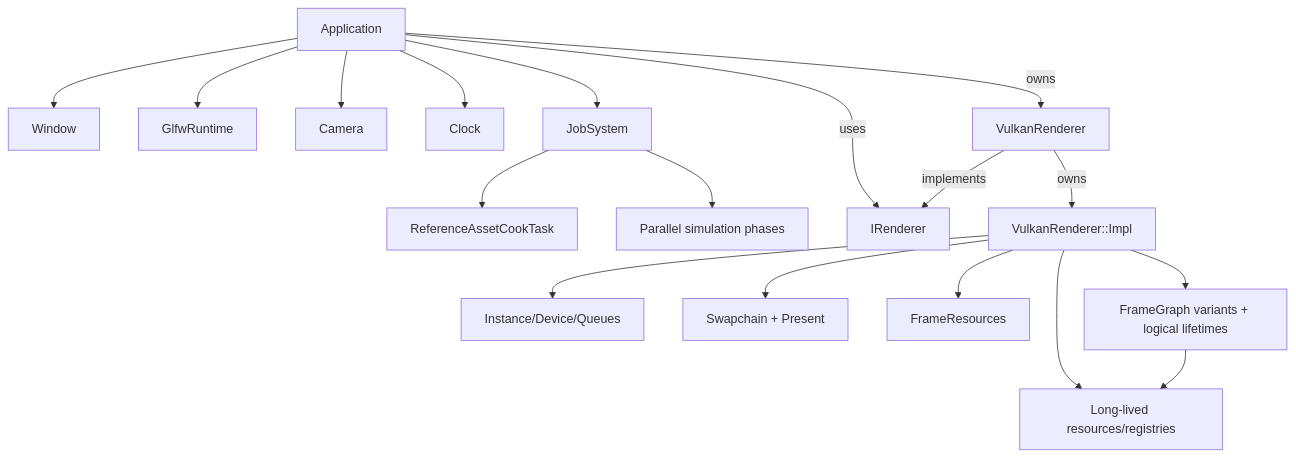
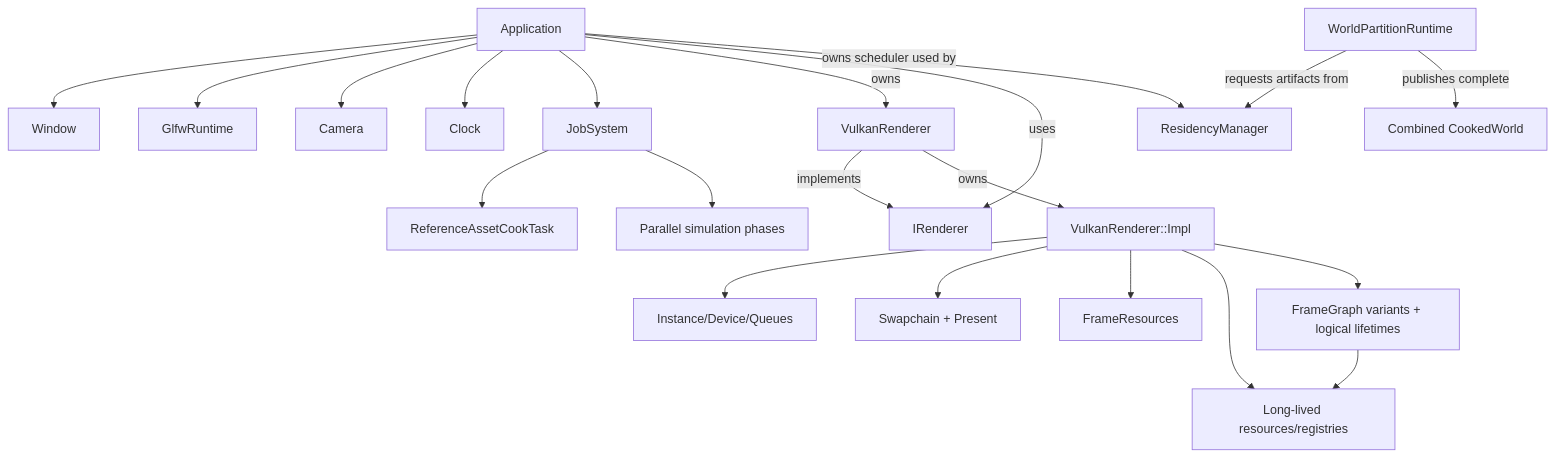
One commit to ck0i/VolkEngine changed the diagram in docs/topics/architecture.md. Above: the diagram before and after it, drawn with Mermaid. The commit also changed other lines of this file and 23 other files, not shown here.

````diff
--- a/docs/topics/architecture.md
+++ b/docs/topics/architecture.md
@@ -24,20 +24,23 @@
 ```mermaid
 graph TD
     App[Application] --> Window[Window]
     App --> GlfwRuntime[GlfwRuntime]
     App --> Camera[Camera]
     App --> Clock[Clock]
     App --> Jobs[JobSystem]
     Jobs --> AssetCook[ReferenceAssetCookTask]
     Jobs --> Systems[Parallel simulation phases]
     App -->|owns| Renderer[VulkanRenderer]
     App -->|uses| IRenderer[IRenderer]
     Renderer -->|implements| IRenderer
     Renderer -->|owns| Impl[VulkanRenderer::Impl]
     Impl --> Instance[Instance/Device/Queues]
     Impl --> Swapchain[Swapchain + Present]
     Impl --> Frame[FrameResources]
     Impl --> Resources[Long-lived resources/registries]
     Impl --> Graph[FrameGraph variants + logical lifetimes]
     Graph --> Resources
+    App -->|owns scheduler used by| Residency[ResidencyManager]
+    Partition[WorldPartitionRuntime] -->|requests artifacts from| Residency
+    Partition -->|publishes complete| Cooked[Combined CookedWorld]
 ```
````
